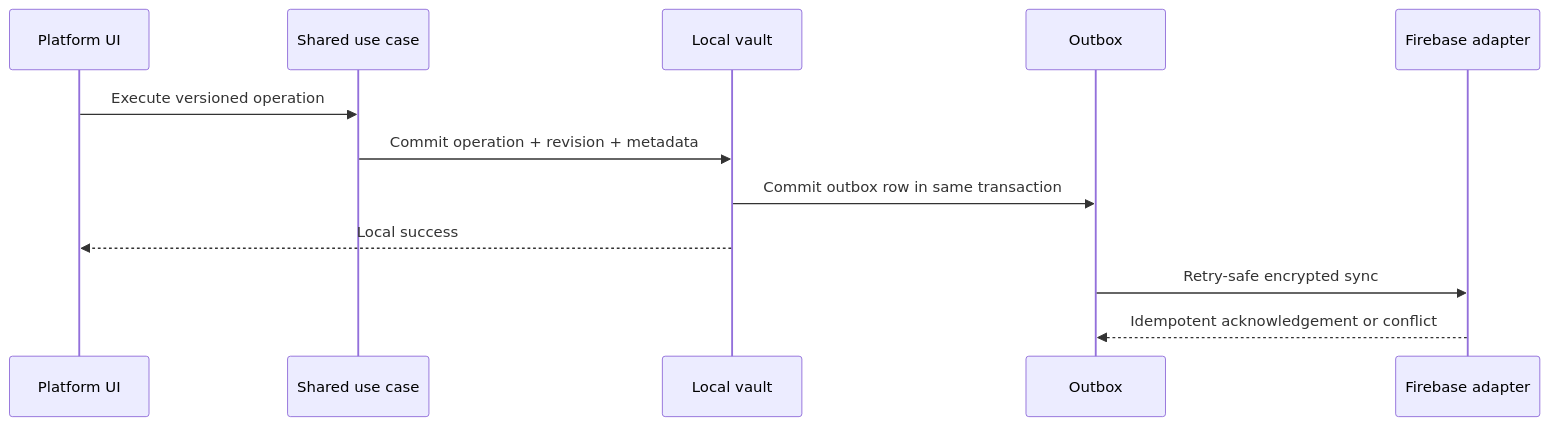
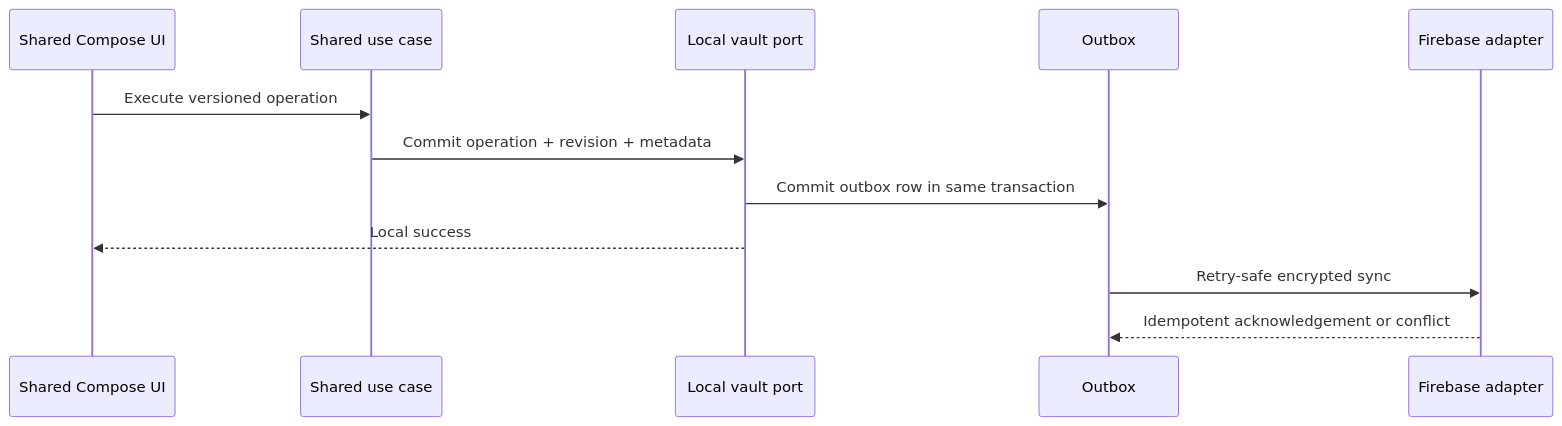
Before and after one commit to toollyscan/toolly-mobile: the second of 2 diagrams in docs/architecture/README.md, drawn with Mermaid. The commit also changed other lines of this file and 14 other files, not shown here.

````diff
--- a/docs/architecture/README.md
+++ b/docs/architecture/README.md
@@ -42,15 +47,15 @@
 ```mermaid
 sequenceDiagram
-    participant UI as Platform UI
+    participant UI as Shared Compose UI
     participant UC as Shared use case
-    participant V as Local vault
+    participant V as Local vault port
     participant O as Outbox
     participant F as Firebase adapter
 
     UI->>UC: Execute versioned operation
     UC->>V: Commit operation + revision + metadata
     V->>O: Commit outbox row in same transaction
     V-->>UI: Local success
     O->>F: Retry-safe encrypted sync
     F-->>O: Idempotent acknowledgement or conflict
 ```
````
